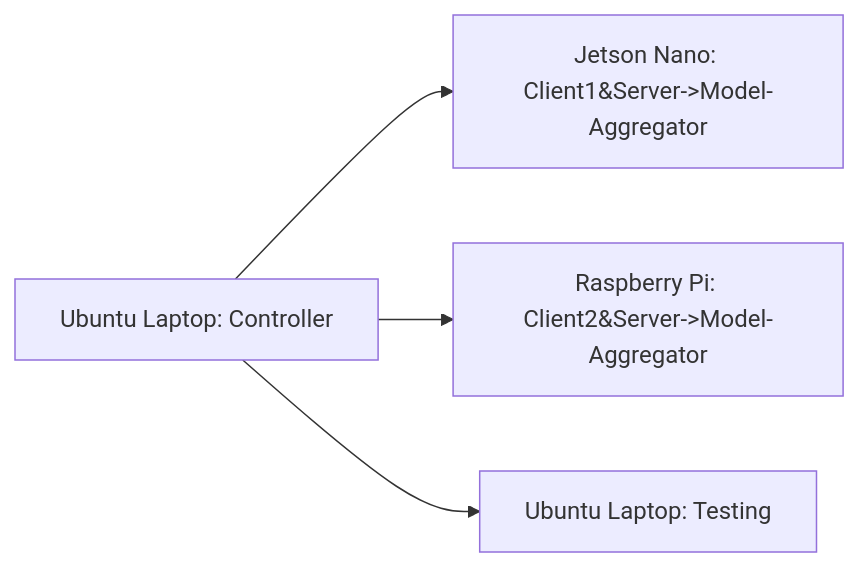
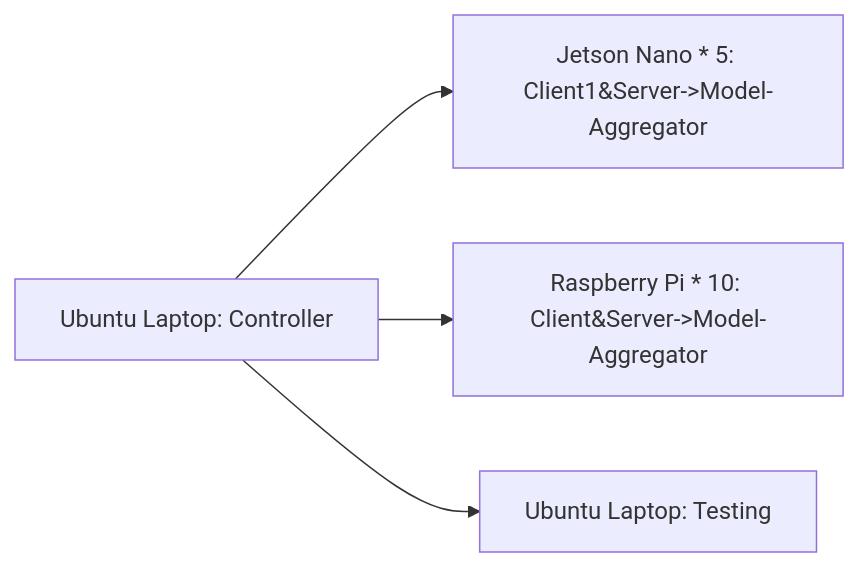
Before and after one commit to MyStarNight/Federated-Learning-Platform: the diagram in README.md, drawn with Mermaid. The commit also changed other lines of this file and 12 other files, not shown here.

````diff
--- a/README.md
+++ b/README.md
@@ -61,7 +77,7 @@
 ```mermaid
 graph LR
 
-A[Ubuntu Laptop: Controller] --> B[Jetson Nano: Client1&Server->Model-Aggregator]
-A --> C[Raspberry Pi: Client2&Server->Model-Aggregator]
+A[Ubuntu Laptop: Controller] --> B[Jetson Nano * 5: Client1&Server->Model-Aggregator]
+A --> C[Raspberry Pi * 10: Client&Server->Model-Aggregator ]
 A --> D[Ubuntu Laptop: Testing]
 ```
````
